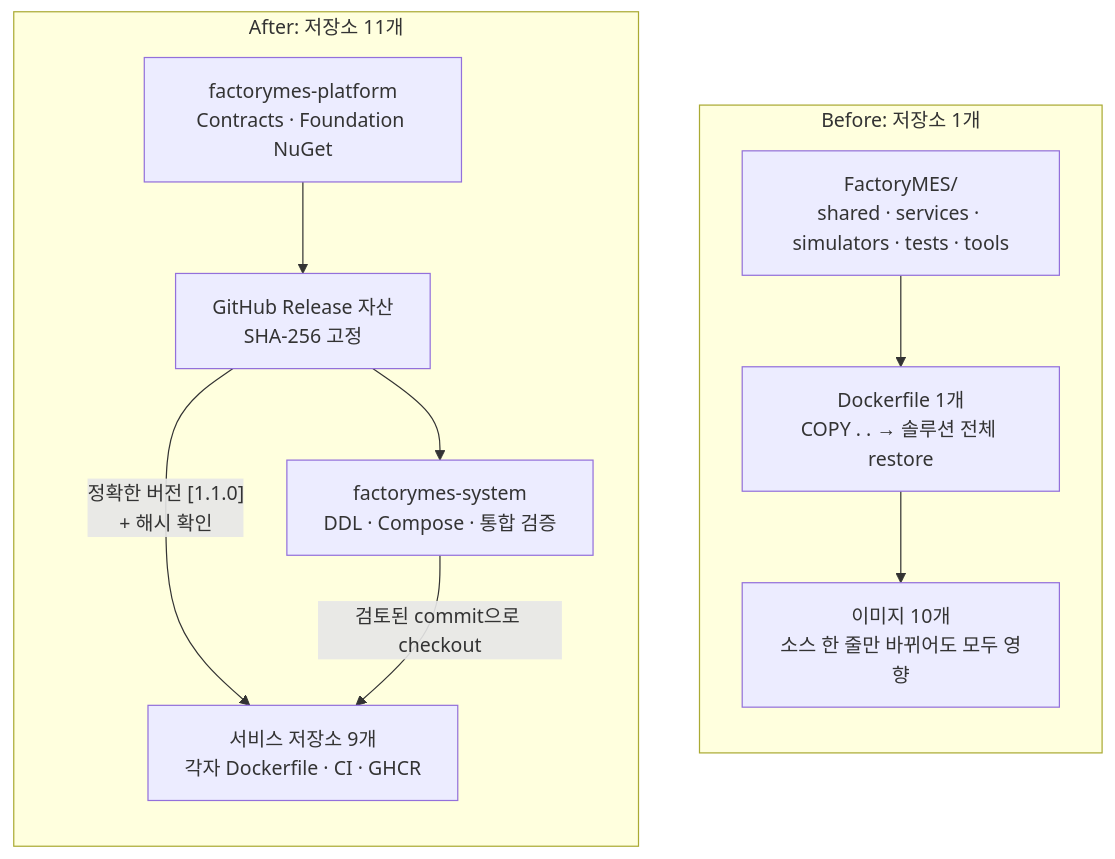
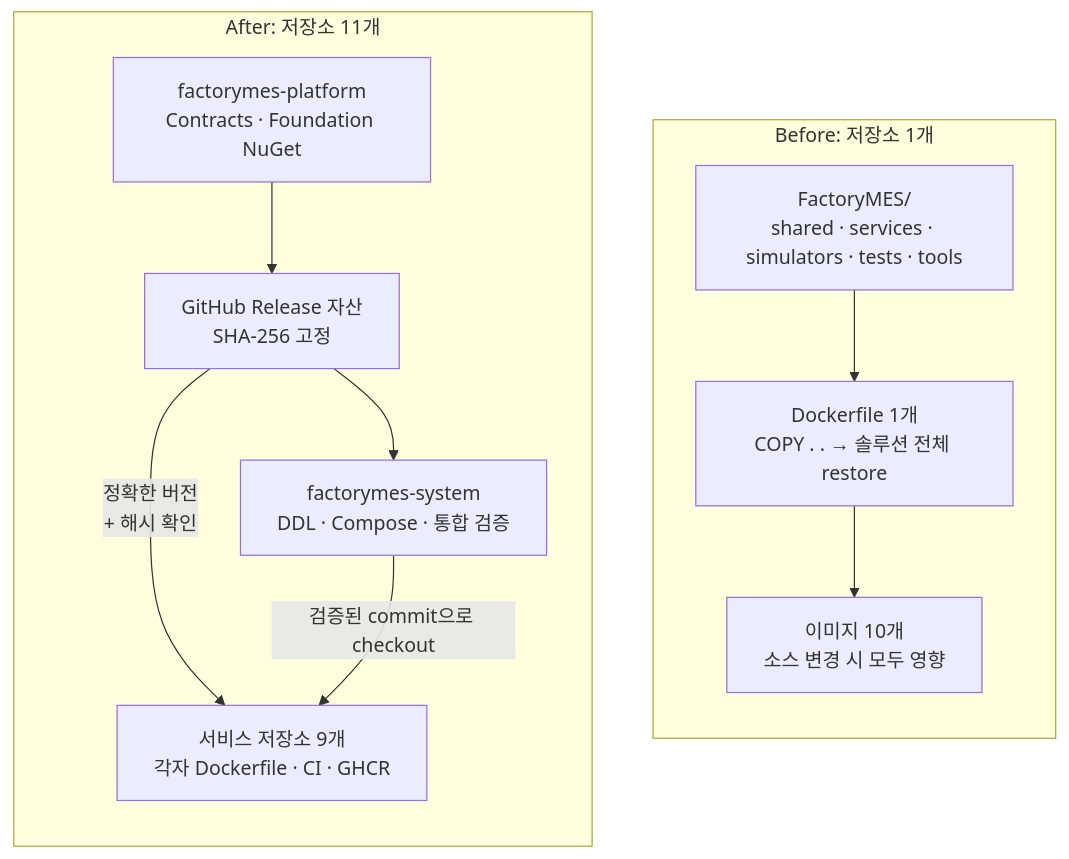
Before and after one commit to nkpFactoryMES/doc: the diagram in refactoring.md, drawn with Mermaid. The commit also changed other lines of this file and 13 other files, not shown here.

````diff
--- a/refactoring.md
+++ b/refactoring.md
@@ -12,22 +23,22 @@
 ```mermaid
 flowchart TB
     subgraph before["Before: 저장소 1개"]
         direction TB
         mono["FactoryMES/<br/>shared · services · simulators · tests · tools"]
         df["Dockerfile 1개<br/>COPY . . → 솔루션 전체 restore"]
         mono --> df
-        df --> img1["이미지 10개<br/>소스 한 줄만 바뀌어도 모두 영향"]
+        df --> img1["이미지 10개<br/>소스 변경 시 모두 영향"]
     end
 
     subgraph after["After: 저장소 11개"]
         direction TB
         platform["factorymes-platform<br/>Contracts · Foundation NuGet"]
         rel["GitHub Release 자산<br/>SHA-256 고정"]
         svc["서비스 저장소 9개<br/>각자 Dockerfile · CI · GHCR"]
         sys["factorymes-system<br/>DDL · Compose · 통합 검증"]
         platform --> rel
-        rel -->|"정확한 버전 [1.1.0]<br/>+ 해시 확인"| svc
+        rel -->|"정확한 버전<br/>+ 해시 확인"| svc
         rel --> sys
-        sys -->|"검토된 commit으로 checkout"| svc
+        sys -->|"검증된 commit으로 checkout"| svc
     end
 ```
````
